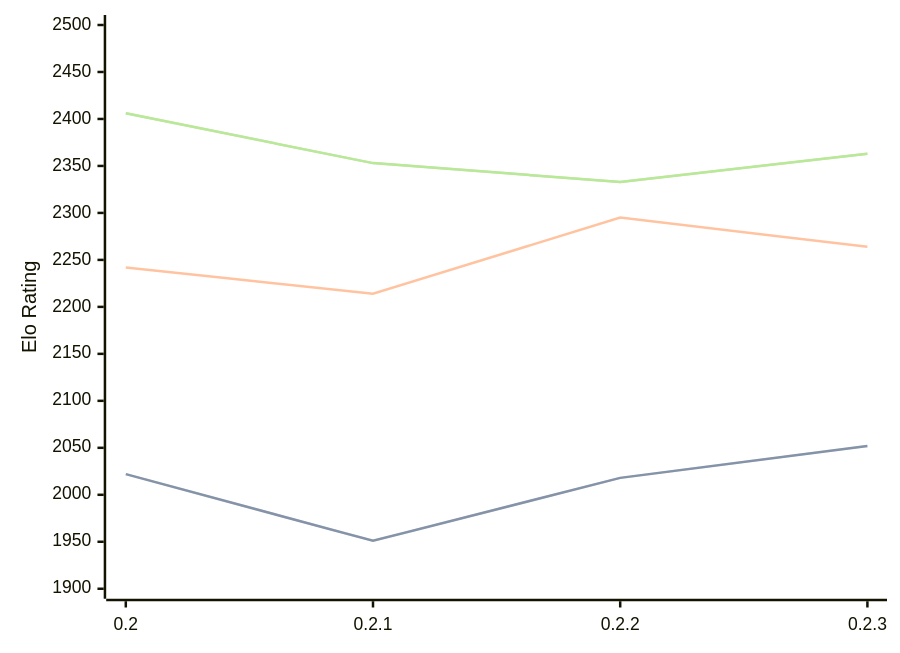
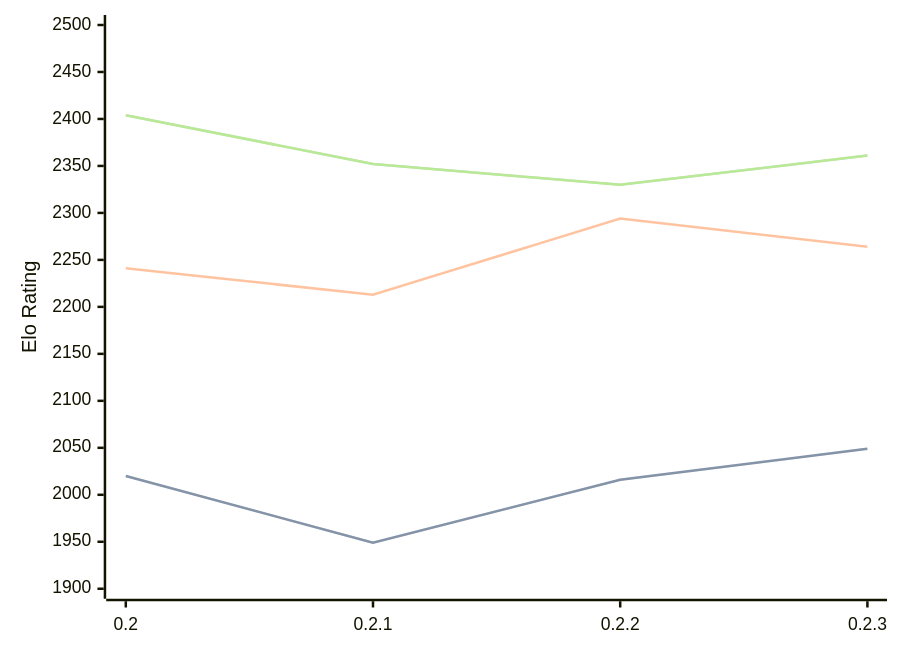
One commit to computer-chess-index/cci changed the diagram in engines/Lolbot.md. Above: the diagram before and after it, drawn with Mermaid. The commit also changed other lines of this file, not shown here.

Commit message:
Update CCI Ratings (ELO VLTC) - 2026-04-01

````diff
--- a/engines/Lolbot.md
+++ b/engines/Lolbot.md
@@ -35,11 +35,11 @@
 ```mermaid
 %%{init: {"theme":"base","themeVariables":{"seriesColors:['#a3a3a3','#222221','#faa371']}}}%%
 xychart-beta
   x-axis ["0.2", "0.2.1", "0.2.2", "0.2.3"]
   y-axis "Elo Rating" 1900 --> 2500
-  line "STC (8.0+0.08s)" [2022, 1951, 2018, 2052]
-  line "STC (8.0+0.08s)" [2022, 1951, 2018, 2052]
-  line "LTC (60.0+0.60s)" [2242, 2214, 2295, 2264]
-  line "VLTC (2m24s+1.12s)" [2406, 2353, 2333, 2363]
-  line "VLTC (2m24s+1.12s)" [2406, 2353, 2333, 2363]
+  line "STC (8.0+0.08s)" [2020, 1949, 2016, 2049]
+  line "STC (8.0+0.08s)" [2020, 1949, 2016, 2049]
+  line "LTC (60.0+0.60s)" [2241, 2213, 2294, 2264]
+  line "VLTC (2m24s+1.12s)" [2404, 2352, 2330, 2361]
+  line "VLTC (2m24s+1.12s)" [2404, 2352, 2330, 2361]
 ```
````
